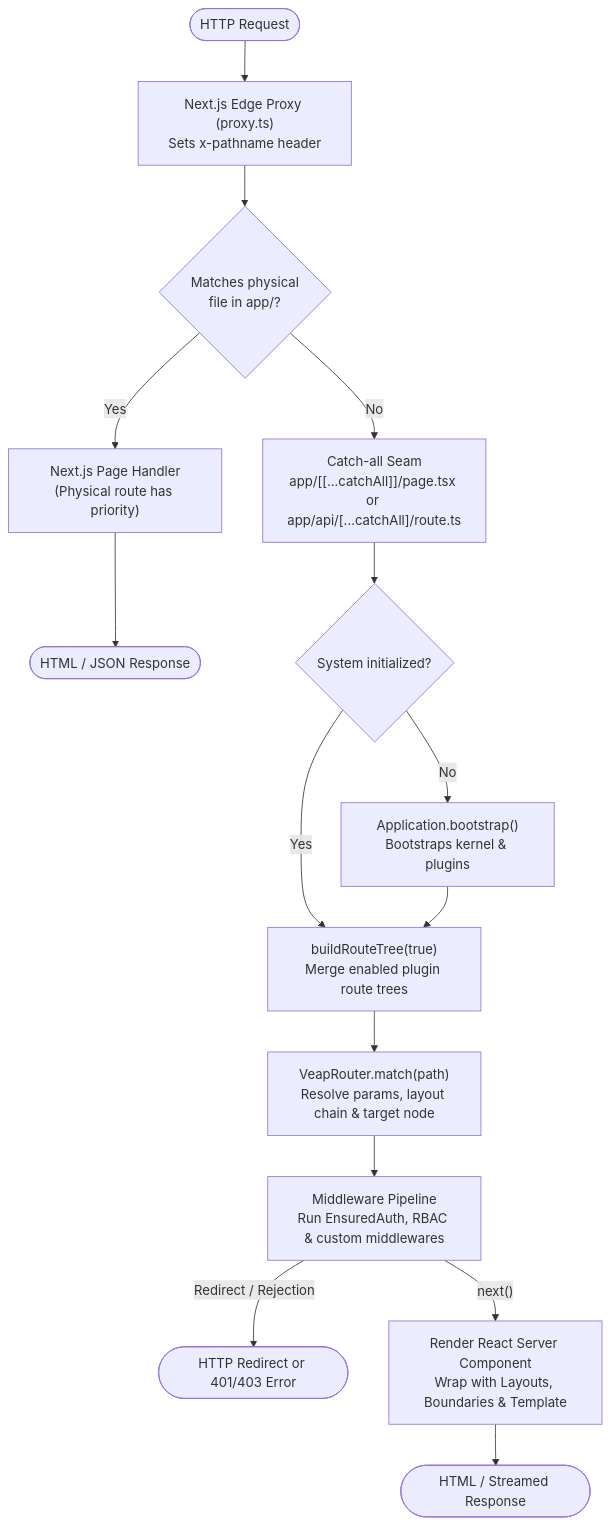
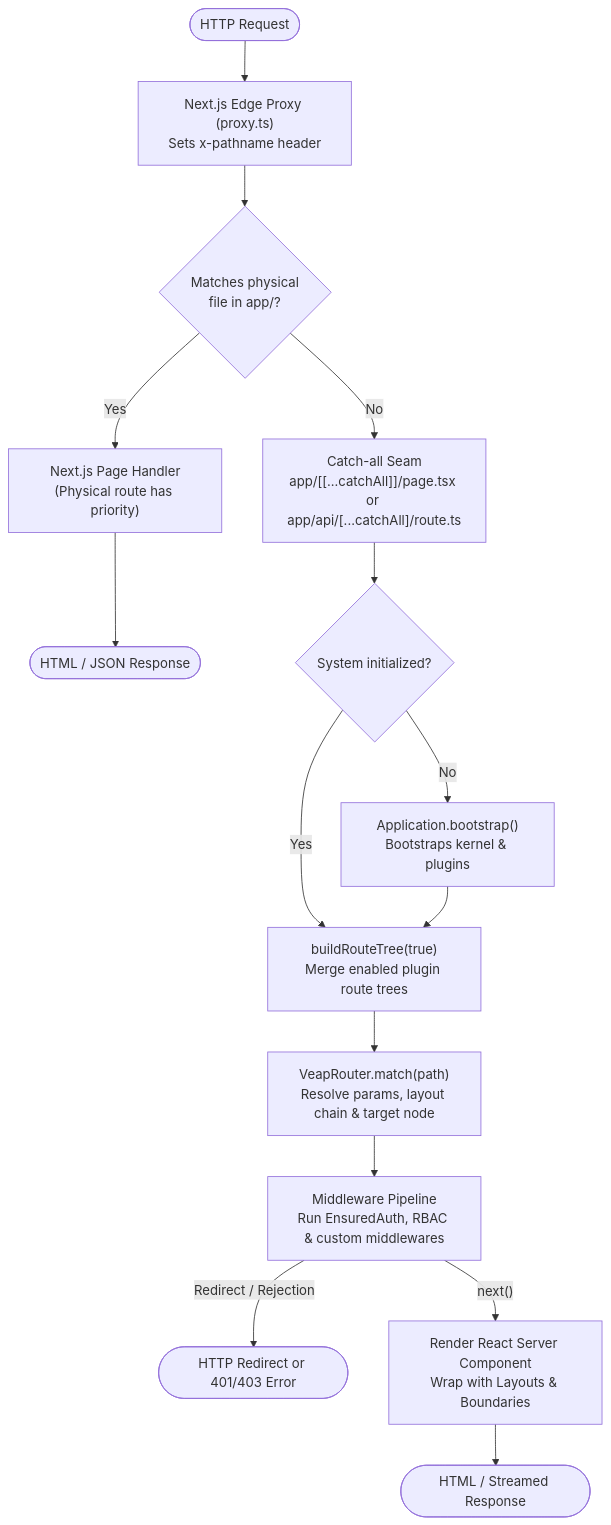
Before and after one commit to veapjs/veap: the first of 4 diagrams in docs/fundamentals/architecture.md, drawn with Mermaid. The commit also changed other lines of this file and 51 other files, not shown here.

````diff
--- a/docs/fundamentals/architecture.md
+++ b/docs/fundamentals/architecture.md
@@ -18,23 +18,23 @@
 ```mermaid
 flowchart TD
     Client(["HTTP Request"]) --> Proxy["Next.js Edge Proxy (proxy.ts)<br/>Sets x-pathname header"]
     Proxy --> CheckRoute{"Matches physical<br/>file in app/?"}
 
     CheckRoute -- "Yes" --> NextNative["Next.js Page Handler<br/>(Physical route has priority)"]
     NextNative --> NextResponse(["HTML / JSON Response"])
 
     CheckRoute -- "No" --> CatchAllRouter["Catch-all Seam<br/>app/[[...catchAll]]/page.tsx or app/api/[...catchAll]/route.ts"]
 
     CatchAllRouter --> InitCheck{"System initialized?"}
     InitCheck -- "No" --> Bootstrap["Application.bootstrap()<br/>Bootstraps kernel & plugins"]
     InitCheck -- "Yes" --> RouteTree["buildRouteTree(true)<br/>Merge enabled plugin route trees"]
     Bootstrap --> RouteTree
 
     RouteTree --> Matcher["VeapRouter.match(path)<br/>Resolve params, layout chain & target node"]
     Matcher --> MiddlewarePipe["Middleware Pipeline<br/>Run EnsuredAuth, RBAC & custom middlewares"]
 
     MiddlewarePipe -- "Redirect / Rejection" --> ShortCircuit(["HTTP Redirect or 401/403 Error"])
-    MiddlewarePipe -- "next()" --> Render["Render React Server Component<br/>Wrap with Layouts, Boundaries & Template"]
+    MiddlewarePipe -- "next()" --> Render["Render React Server Component<br/>Wrap with Layouts & Boundaries"]
 
     Render --> FinalResponse(["HTML / Streamed Response"])
 ```
````
